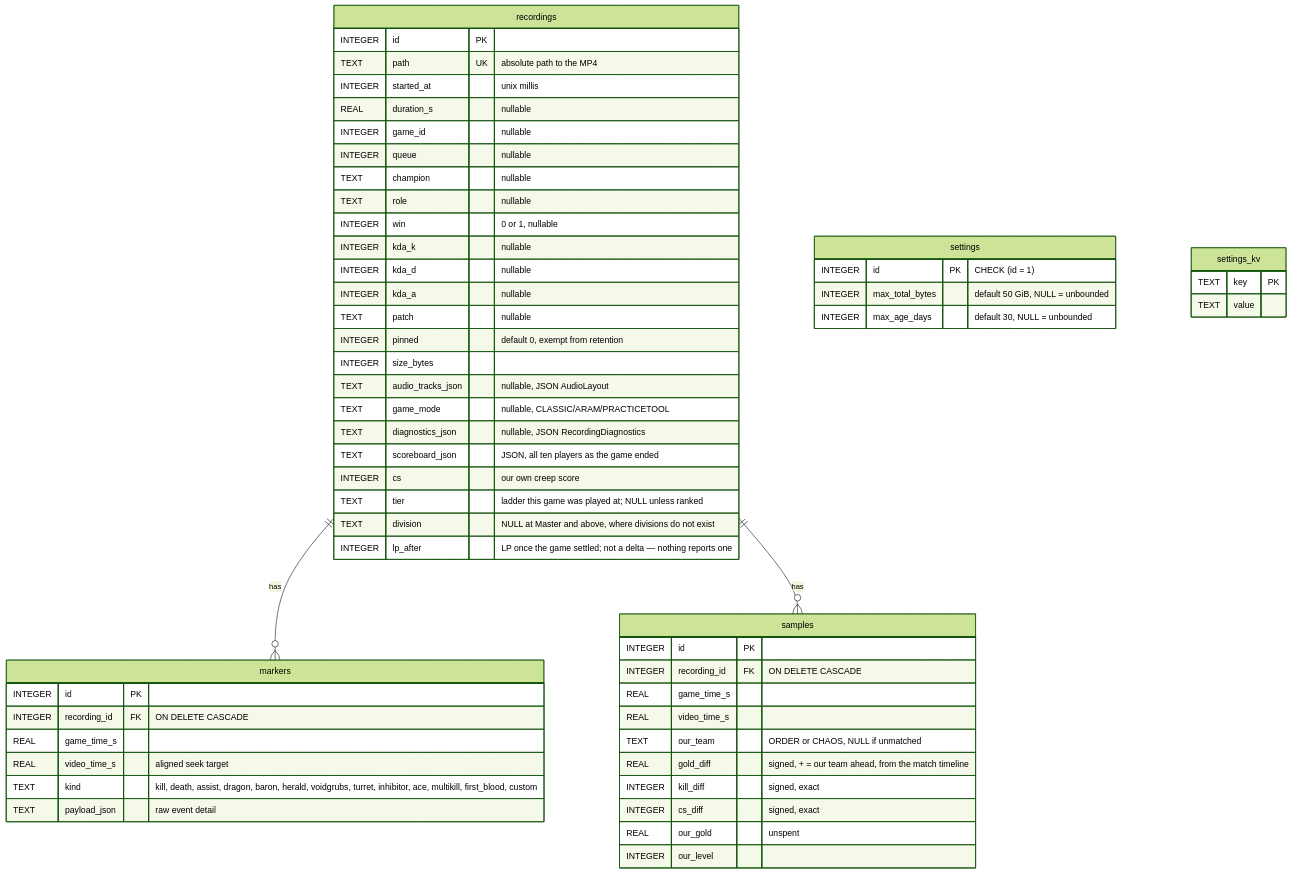
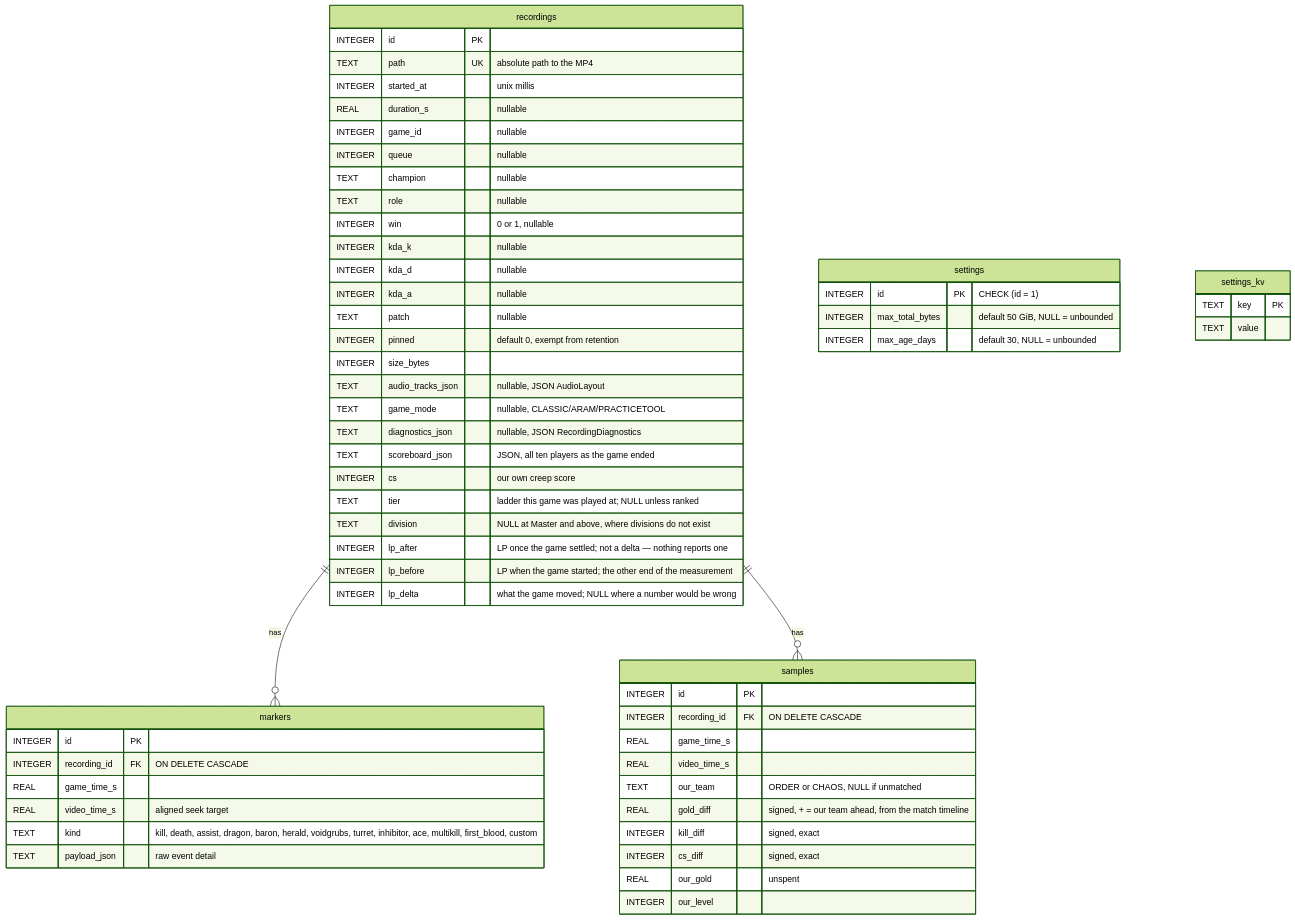
Before and after one commit to NinjaGoldfinch/ninja-recorder: the first of 3 diagrams in docs/data-model.md, drawn with Mermaid (forest theme). The commit also changed other lines of this file and 7 other files, not shown here.

First line of the commit message:
feat(db): measure the LP a game moved

````diff
--- a/docs/data-model.md
+++ b/docs/data-model.md
@@ -15,60 +15,62 @@
 ```mermaid
 erDiagram
     recordings ||--o{ markers : "has"
     recordings ||--o{ samples : "has"
 
     recordings {
         INTEGER id PK
         TEXT    path UK "absolute path to the MP4"
         INTEGER started_at "unix millis"
         REAL    duration_s "nullable"
         INTEGER game_id "nullable"
         INTEGER queue "nullable"
         TEXT    champion "nullable"
         TEXT    role "nullable"
         INTEGER win "0 or 1, nullable"
         INTEGER kda_k "nullable"
         INTEGER kda_d "nullable"
         INTEGER kda_a "nullable"
         TEXT    patch "nullable"
         INTEGER pinned "default 0, exempt from retention"
         INTEGER size_bytes
         TEXT    audio_tracks_json "nullable, JSON AudioLayout"
         TEXT    game_mode "nullable, CLASSIC/ARAM/PRACTICETOOL"
         TEXT    diagnostics_json "nullable, JSON RecordingDiagnostics"
         TEXT    scoreboard_json "JSON, all ten players as the game ended"
         INTEGER cs "our own creep score"
         TEXT    tier "ladder this game was played at; NULL unless ranked"
         TEXT    division "NULL at Master and above, where divisions do not exist"
         INTEGER lp_after "LP once the game settled; not a delta — nothing reports one"
+        INTEGER lp_before "LP when the game started; the other end of the measurement"
+        INTEGER lp_delta "what the game moved; NULL where a number would be wrong"
     }
     markers {
         INTEGER id PK
         INTEGER recording_id FK "ON DELETE CASCADE"
         REAL    game_time_s
         REAL    video_time_s "aligned seek target"
         TEXT    kind "kill, death, assist, dragon, baron, herald, voidgrubs, turret, inhibitor, ace, multikill, first_blood, custom"
         TEXT    payload_json "raw event detail"
     }
     samples {
         INTEGER id PK
         INTEGER recording_id FK "ON DELETE CASCADE"
         REAL    game_time_s
         REAL    video_time_s
         TEXT    our_team "ORDER or CHAOS, NULL if unmatched"
         REAL    gold_diff "signed, + = our team ahead, from the match timeline"
         INTEGER kill_diff "signed, exact"
         INTEGER cs_diff "signed, exact"
         REAL    our_gold "unspent"
         INTEGER our_level
     }
     settings {
         INTEGER id PK "CHECK (id = 1)"
         INTEGER max_total_bytes "default 50 GiB, NULL = unbounded"
         INTEGER max_age_days "default 30, NULL = unbounded"
     }
     settings_kv {
         TEXT key PK
         TEXT value
     }
 ```
````
